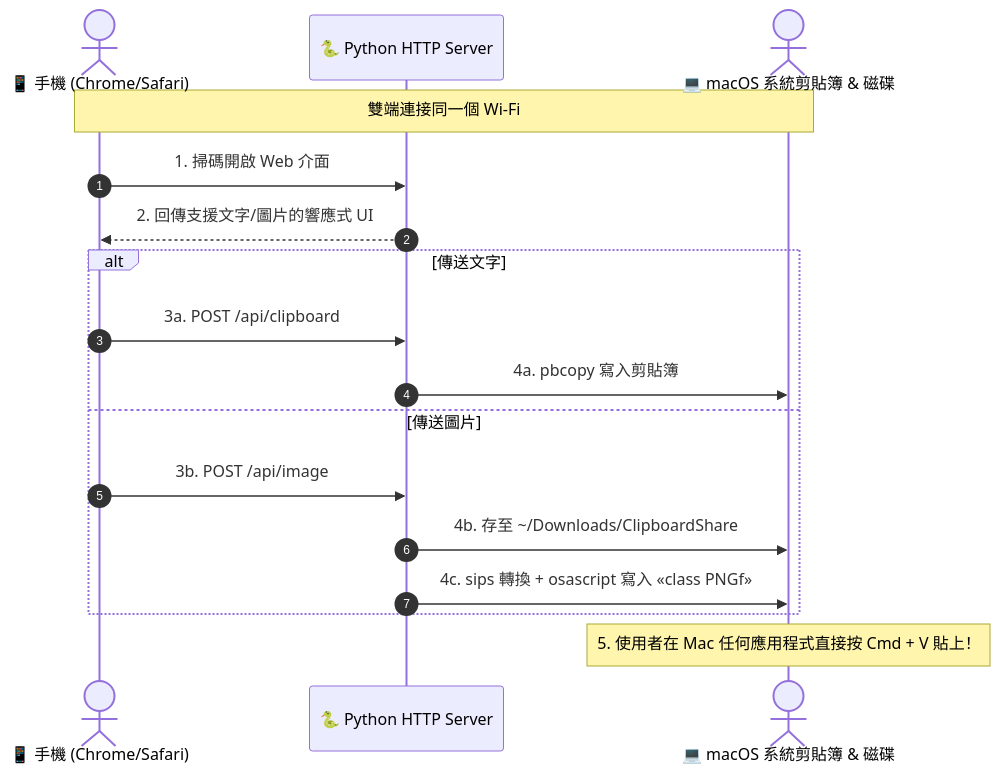
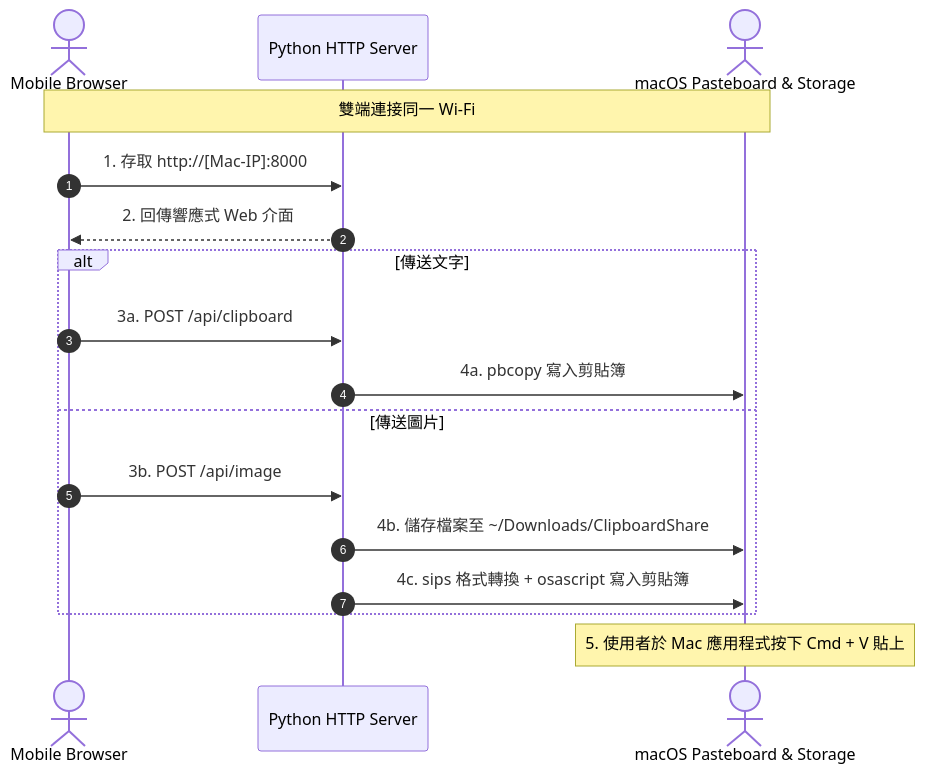
The diagram in README.md (BolasLien/clipboard-share), drawn with Mermaid before and after one commit. The commit also changed other lines of this file and 1 other file, not shown here.

````diff
--- a/README.md
+++ b/README.md
@@ -107,20 +105,20 @@
 ```mermaid
 sequenceDiagram
     autonumber
-    actor Mobile as 📱 手機 (Chrome/Safari)
-    participant Server as 🐍 Python HTTP Server
-    actor Mac as 💻 macOS 系統剪貼簿 & 磁碟
+    actor Mobile as Mobile Browser
+    participant Server as Python HTTP Server
+    actor Mac as macOS Pasteboard & Storage
 
-    Note over Mobile,Mac: 雙端連接同一個 Wi-Fi
-    Mobile->>Server: 1. 掃碼開啟 Web 介面
-    Server-->>Mobile: 2. 回傳支援文字/圖片的響應式 UI
+    Note over Mobile,Mac: 雙端連接同一 Wi-Fi
+    Mobile->>Server: 1. 存取 http://[Mac-IP]:8000
+    Server-->>Mobile: 2. 回傳響應式 Web 介面
     alt 傳送文字
         Mobile->>Server: 3a. POST /api/clipboard
         Server->>Mac: 4a. pbcopy 寫入剪貼簿
     else 傳送圖片
         Mobile->>Server: 3b. POST /api/image
-        Server->>Mac: 4b. 存至 ~/Downloads/ClipboardShare
-        Server->>Mac: 4c. sips 轉換 + osascript 寫入 «class PNGf»
+        Server->>Mac: 4b. 儲存檔案至 ~/Downloads/ClipboardShare
+        Server->>Mac: 4c. sips 格式轉換 + osascript 寫入剪貼簿
     end
-    Note over Mac: 5. 使用者在 Mac 任何應用程式直接按 Cmd + V 貼上！
+    Note over Mac: 5. 使用者於 Mac 應用程式按下 Cmd + V 貼上
 ```
````
